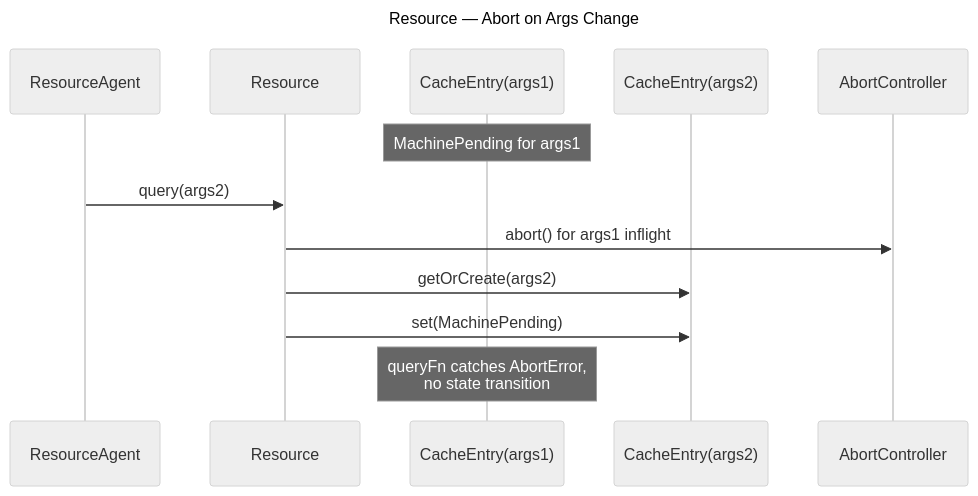
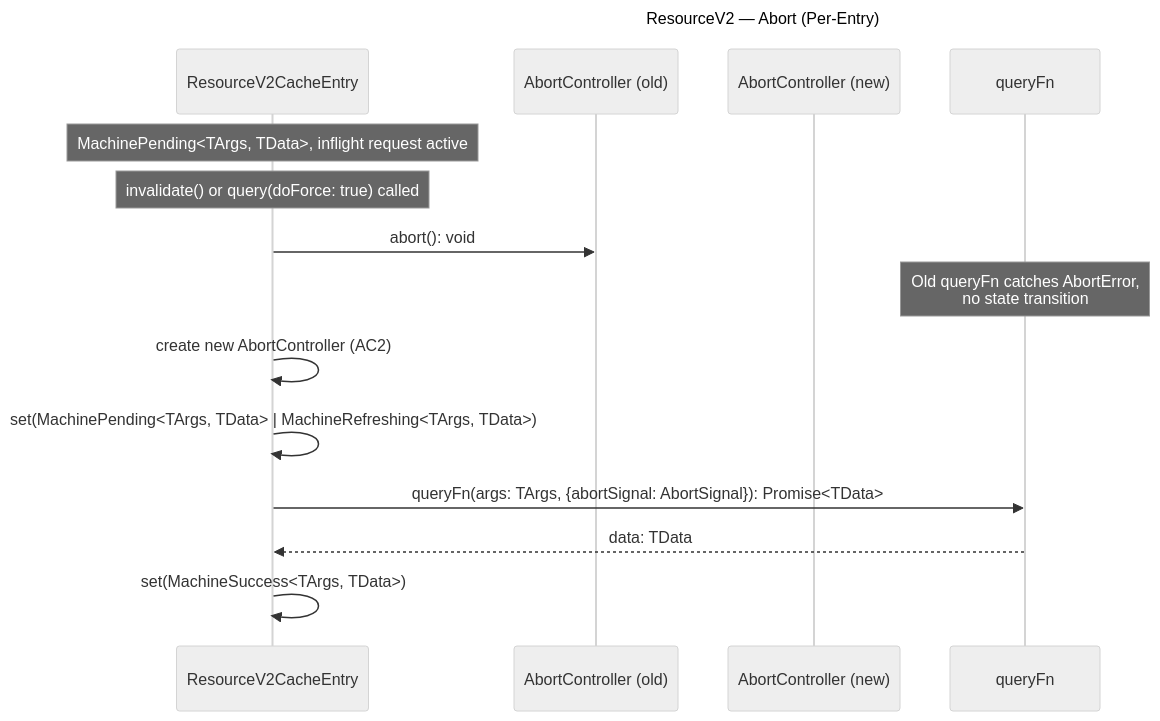
Before and after one commit to fozy-labs/rx-toolkit: the fifth of 19 diagrams in .thoughts/2026-03-23-1400_query-v2-full-implementation/02-design/02-dataflow.md, drawn with Mermaid (neutral theme). The commit also changed other lines of this file and 204 other files, not shown here.

````diff
--- a/.thoughts/2026-03-23-1400_query-v2-full-implementation/02-design/02-dataflow.md
+++ b/.thoughts/2026-03-23-1400_query-v2-full-implementation/02-design/02-dataflow.md
@@ -119,16 +124,18 @@
 ```mermaid
 sequenceDiagram
-    title Resource — Abort on Args Change
-    participant Agent as ResourceAgent
-    participant Res as Resource
-    participant CE1 as CacheEntry(args1)
-    participant CE2 as CacheEntry(args2)
-    participant AC as AbortController
+    title ResourceV2 — Abort (Per-Entry)
+    participant RCE as ResourceV2CacheEntry
+    participant AC1 as AbortController (old)
+    participant AC2 as AbortController (new)
+    participant QFn as queryFn
     
-    Note over CE1: MachinePending for args1
-    Agent->>Res: query(args2)
-    Res->>AC: abort() for args1 inflight
-    Res->>CE2: getOrCreate(args2)
-    Res->>CE2: set(MachinePending)
-    Note over CE1: queryFn catches AbortError,<br/>no state transition
+    Note over RCE: MachinePending<TArgs, TData>, inflight request active
+    Note over RCE: invalidate() or query(doForce: true) called
+    RCE->>AC1: abort(): void
+    Note over QFn: Old queryFn catches AbortError,<br/>no state transition
+    RCE->>RCE: create new AbortController (AC2)
+    RCE->>RCE: set(MachinePending<TArgs, TData> | MachineRefreshing<TArgs, TData>)
+    RCE->>QFn: queryFn(args: TArgs, {abortSignal: AbortSignal}): Promise<TData>
+    QFn-->>RCE: data: TData
+    RCE->>RCE: set(MachineSuccess<TArgs, TData>)
 ```
````
